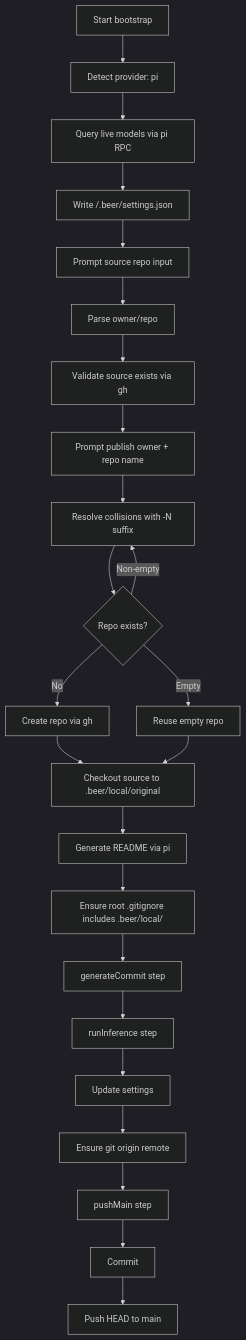
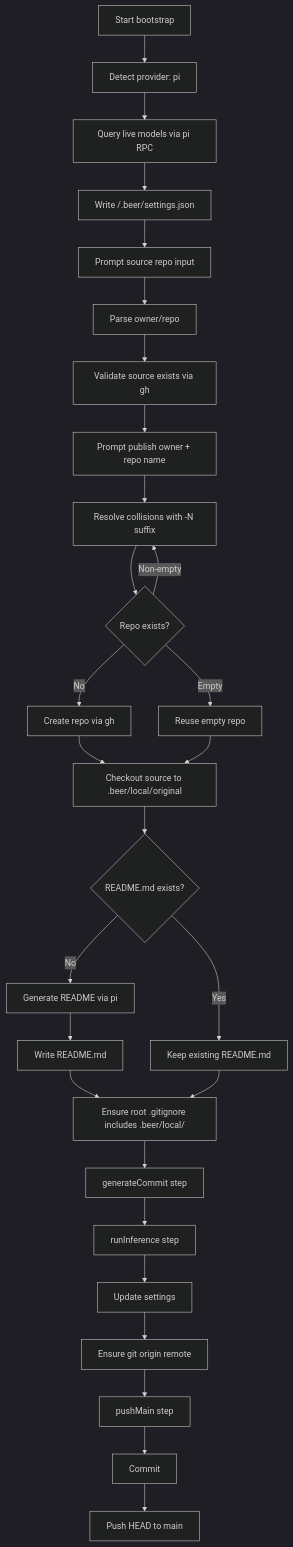
One commit to ex3ndr/holdmybeer changed the diagram in doc/bootstrap-flow.md. Above: the diagram before and after it, drawn with Mermaid (dark theme). The commit also changed other lines of this file and 37 other files, not shown here.

````diff
--- a/doc/bootstrap-flow.md
+++ b/doc/bootstrap-flow.md
@@ -7,26 +7,30 @@
 ```mermaid
 flowchart TD
   A[Start bootstrap] --> B[Detect provider: pi]
   B --> C[Query live models via pi RPC]
   C --> D[Write <projectPath>/.beer/settings.json]
   D --> E[Prompt source repo input]
   E --> F[Parse owner/repo]
   F --> G[Validate source exists via gh]
   G --> H[Prompt publish owner + repo name]
   H --> I[Resolve collisions with -N suffix]
   I --> J{Repo exists?}
   J -->|No| K[Create repo via gh]
   J -->|Empty| L[Reuse empty repo]
   J -->|Non-empty| I
   K --> M[Checkout source to .beer/local/original]
   L --> M
-  M --> N[Generate README via pi]
-  N --> O[Ensure root .gitignore includes .beer/local/]
-  O --> P[generateCommit step]
-  P --> Q[runInference step]
-  Q --> R[Update settings]
-  R --> S[Ensure git origin remote]
-  S --> T[pushMain step]
-  T --> U[Commit]
-  U --> V[Push HEAD to main]
+  M --> N{README.md exists?}
+  N -->|No| O[Generate README via pi]
+  O --> P[Write README.md]
+  N -->|Yes| Q[Keep existing README.md]
+  P --> R[Ensure root .gitignore includes .beer/local/]
+  Q --> R
+  R --> S[generateCommit step]
+  S --> T[runInference step]
+  T --> U[Update settings]
+  U --> V[Ensure git origin remote]
+  V --> W[pushMain step]
+  W --> X[Commit]
+  X --> Y[Push HEAD to main]
 ```
````
